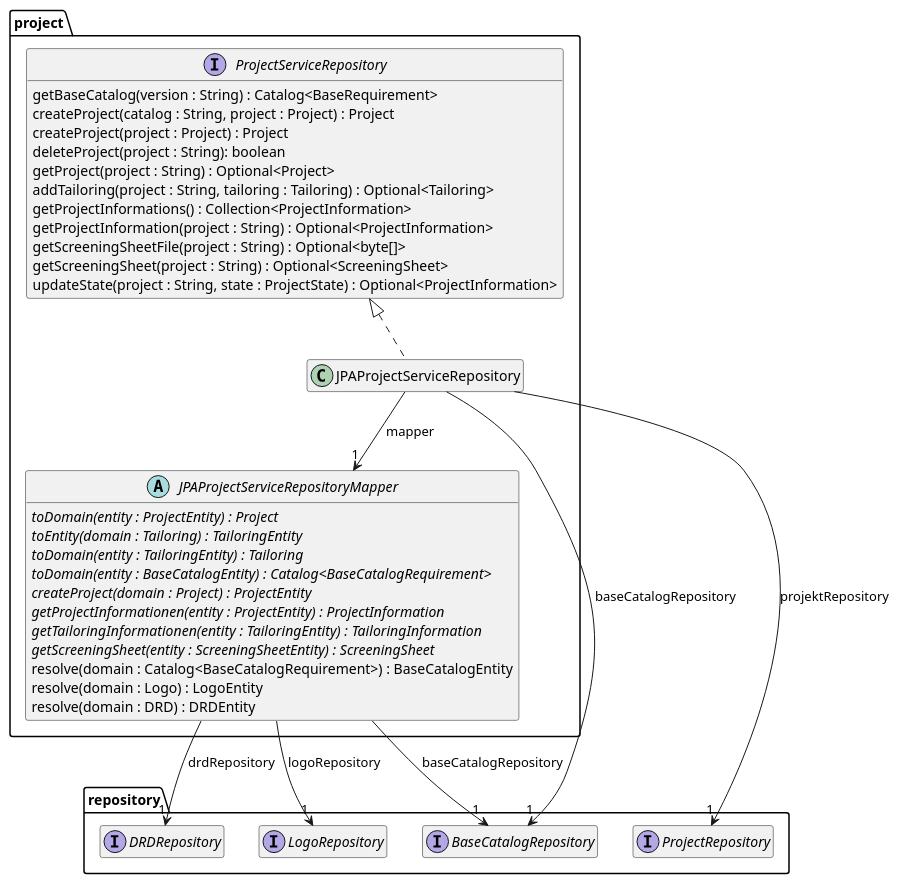
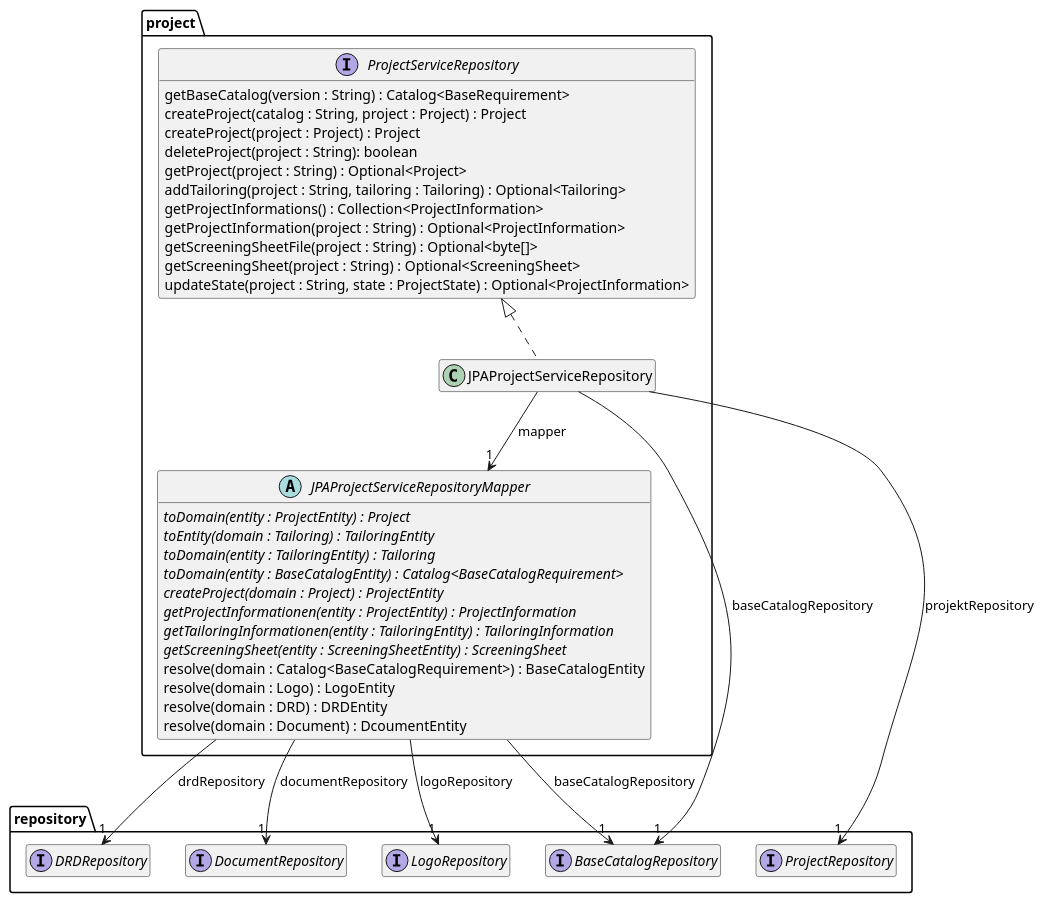
The diagram in src/site/arc42/plantuml/data-jpa/project/Ebene3.plantuml (tailoringexpert/platform), drawn with PlantUML before and after one commit. The commit also changed 23 other files, not shown here.

```diff
--- a/src/site/arc42/plantuml/data-jpa/project/Ebene3.plantuml
+++ b/src/site/arc42/plantuml/data-jpa/project/Ebene3.plantuml
@@ -1,51 +1,54 @@
 @startuml Ebene3.png
 hide empty members
 
 package repository {
     interface BaseCatalogRepository
     interface LogoRepository
     interface ProjectRepository
     interface DRDRepository
+    interface DocumentRepository
 }
 package project {
 
     interface ProjectServiceRepository {
         getBaseCatalog(version : String) : Catalog<BaseRequirement>
         createProject(catalog : String, project : Project) : Project
         createProject(project : Project) : Project
         deleteProject(project : String): boolean
         getProject(project : String) : Optional<Project>
         addTailoring(project : String, tailoring : Tailoring) : Optional<Tailoring>
         getProjectInformations() : Collection<ProjectInformation>
         getProjectInformation(project : String) : Optional<ProjectInformation>
         getScreeningSheetFile(project : String) : Optional<byte[]>
         getScreeningSheet(project : String) : Optional<ScreeningSheet>
         updateState(project : String, state : ProjectState) : Optional<ProjectInformation>
     }
 
     abstract class JPAProjectServiceRepositoryMapper {
         {abstract} toDomain(entity : ProjectEntity) : Project
         {abstract} toEntity(domain : Tailoring) : TailoringEntity
         {abstract} toDomain(entity : TailoringEntity) : Tailoring
         {abstract} toDomain(entity : BaseCatalogEntity) : Catalog<BaseCatalogRequirement>
         {abstract} createProject(domain : Project) : ProjectEntity
         {abstract} getProjectInformationen(entity : ProjectEntity) : ProjectInformation
         {abstract} getTailoringInformationen(entity : TailoringEntity) : TailoringInformation
         {abstract} getScreeningSheet(entity : ScreeningSheetEntity) : ScreeningSheet
         resolve(domain : Catalog<BaseCatalogRequirement>) : BaseCatalogEntity
         resolve(domain : Logo) : LogoEntity
         resolve(domain : DRD) : DRDEntity
+        resolve(domain : Document) : DcoumentEntity
     }
     JPAProjectServiceRepositoryMapper --> "1" LogoRepository : logoRepository
     JPAProjectServiceRepositoryMapper --> "1" BaseCatalogRepository : baseCatalogRepository
     JPAProjectServiceRepositoryMapper --> "1" DRDRepository : drdRepository
+    JPAProjectServiceRepositoryMapper --> "1" DocumentRepository : documentRepository
 
     class JPAProjectServiceRepository {
     }
     ProjectServiceRepository <|.. JPAProjectServiceRepository
     JPAProjectServiceRepository --> "1" JPAProjectServiceRepositoryMapper : mapper
     JPAProjectServiceRepository --> "1" ProjectRepository : projektRepository
     JPAProjectServiceRepository --> "1" BaseCatalogRepository : baseCatalogRepository
 
 }
 @enduml
```
